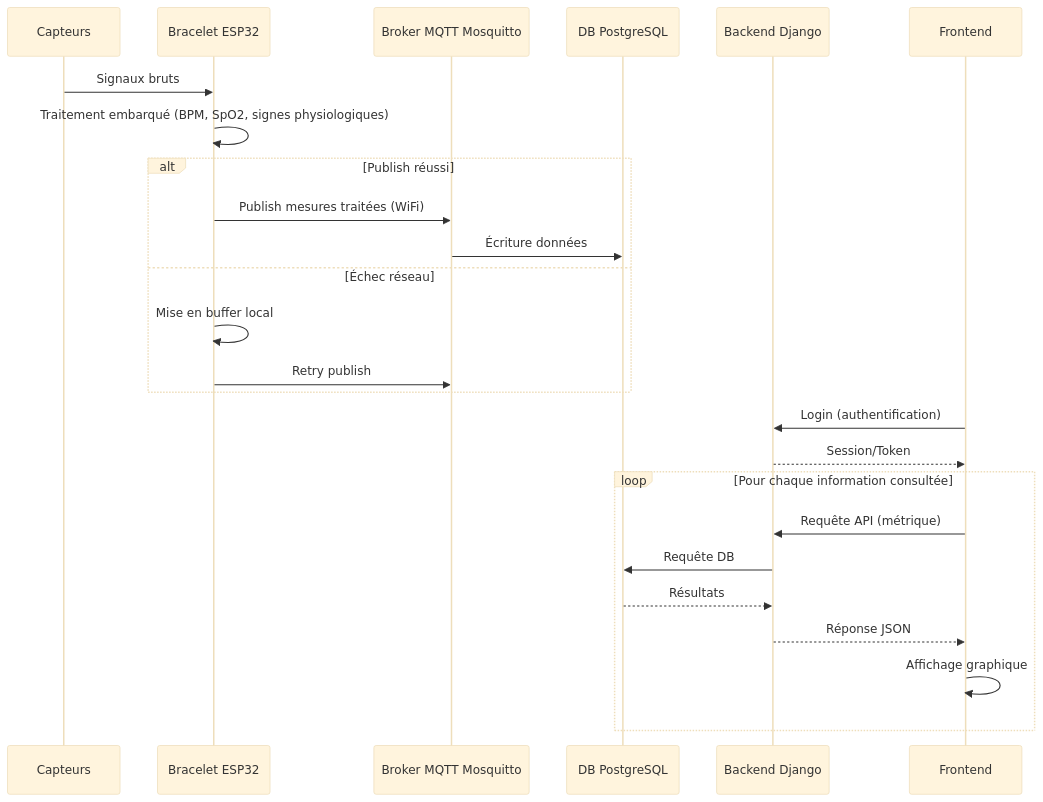
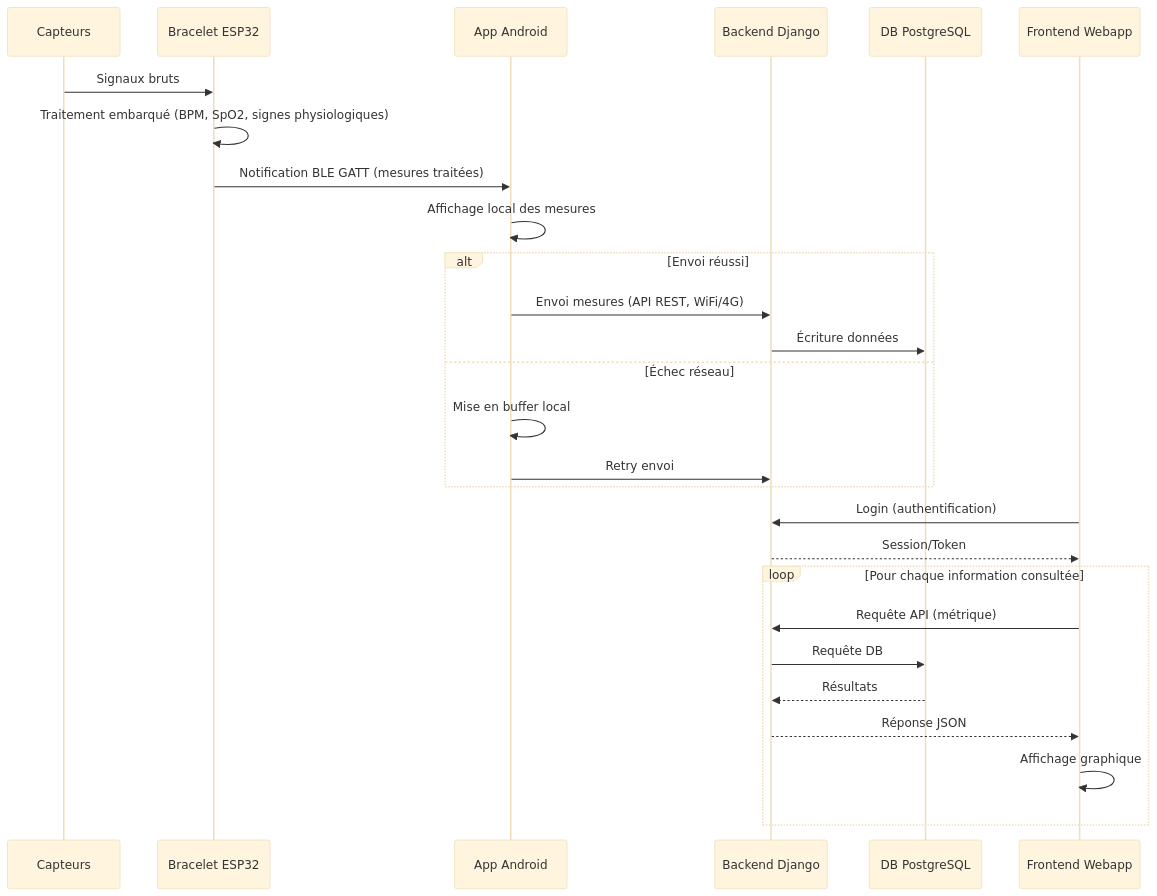
One commit to PDGGRP9/.github changed the diagram in profile/README.md. Above: the diagram before and after it, drawn with Mermaid (base theme). The commit also changed other lines of this file, not shown here.

````diff
--- a/profile/README.md
+++ b/profile/README.md
@@ -94,31 +103,34 @@
 ```mermaid
 sequenceDiagram
     participant C as Capteurs
     participant B as Bracelet ESP32
-    participant M as Broker MQTT Mosquitto
+    participant A as App Android
+    participant DJ as Backend Django
     participant D as DB PostgreSQL
-    participant DJ as Backend Django
-    participant F as Frontend
+    participant F as Frontend Webapp
  
     C->>B: Signaux bruts
     B->>B: Traitement embarqué (BPM, SpO2, signes physiologiques)
  
-    alt Publish réussi
-        B->>M: Publish mesures traitées (WiFi)
-        M->>D: Écriture données
+    B->>A: Notification BLE GATT (mesures traitées)
+    A->>A: Affichage local des mesures
+ 
+    alt Envoi réussi
+        A->>DJ: Envoi mesures (API REST, WiFi/4G)
+        DJ->>D: Écriture données
     else Échec réseau
-        B->>B: Mise en buffer local
-        B->>M: Retry publish
+        A->>A: Mise en buffer local
+        A->>DJ: Retry envoi
     end
  
     F->>DJ: Login (authentification)
     DJ-->>F: Session/Token
  
     loop Pour chaque information consultée
         F->>DJ: Requête API (métrique)
         DJ->>D: Requête DB
         D-->>DJ: Résultats
         DJ-->>F: Réponse JSON
         F->>F: Affichage graphique
     end
 ```
````
